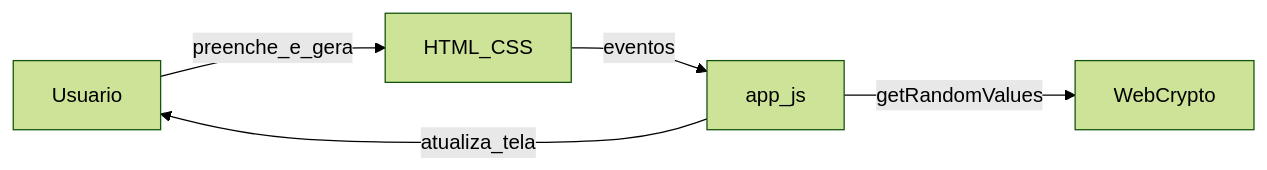
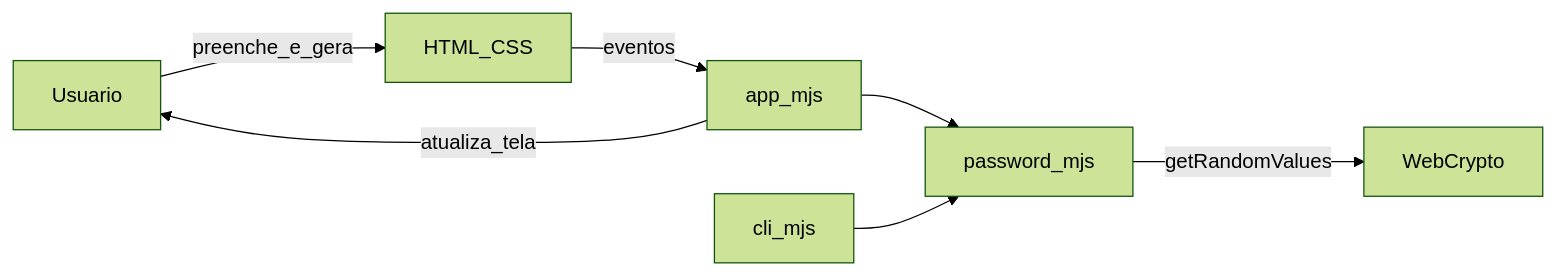
One commit to FernandoAlemar/password_generator_IA changed the diagram in GUIA_DE_EXECUCAO.md. Above: the diagram before and after it, drawn with Mermaid (forest theme). The commit also changed other lines of this file and 7 other files, not shown here.

First line of the commit message:
feat(cli): adiciona CLI Node reutilizando web/password.mjs

````diff
--- a/GUIA_DE_EXECUCAO.md
+++ b/GUIA_DE_EXECUCAO.md
@@ -54,11 +70,15 @@
 ```mermaid
 flowchart LR
   User[Usuario]
   UI[HTML_CSS]
-  App[app_js]
+  App[app_mjs]
+  Lib[password_mjs]
+  Cli[cli_mjs]
   RNG[WebCrypto]
   User -->|preenche_e_gera| UI
   UI -->|eventos| App
-  App -->|getRandomValues| RNG
+  App --> Lib
+  Cli --> Lib
+  Lib -->|getRandomValues| RNG
   App -->|atualiza_tela| User
 ```
````
